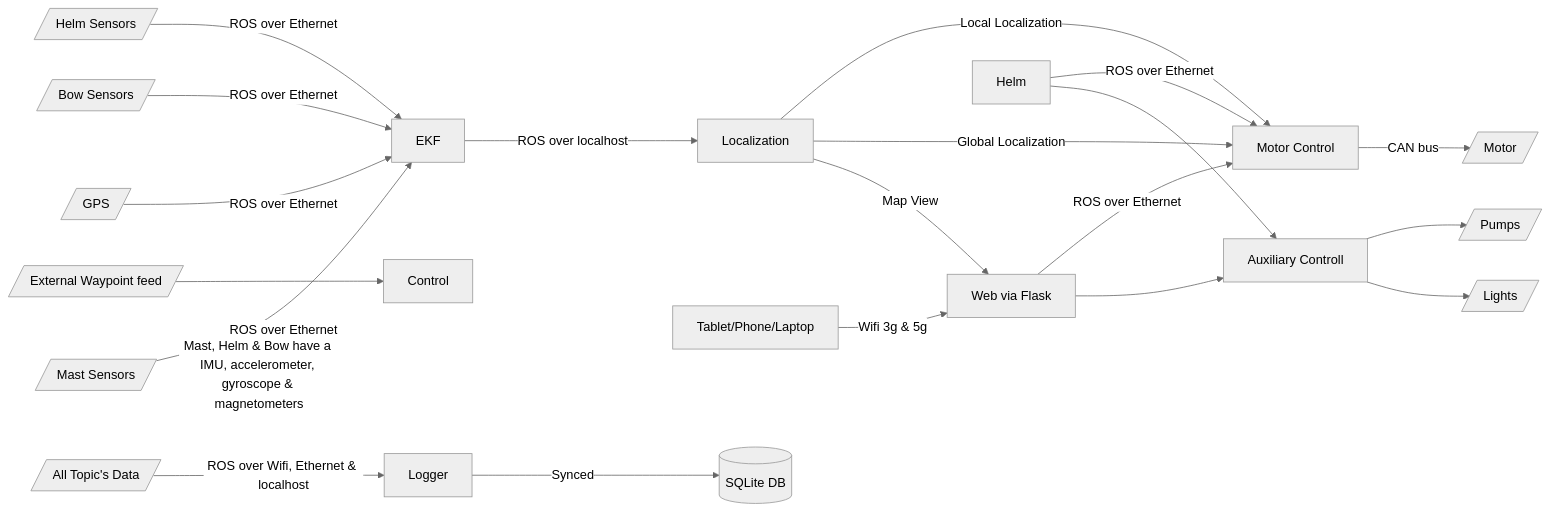
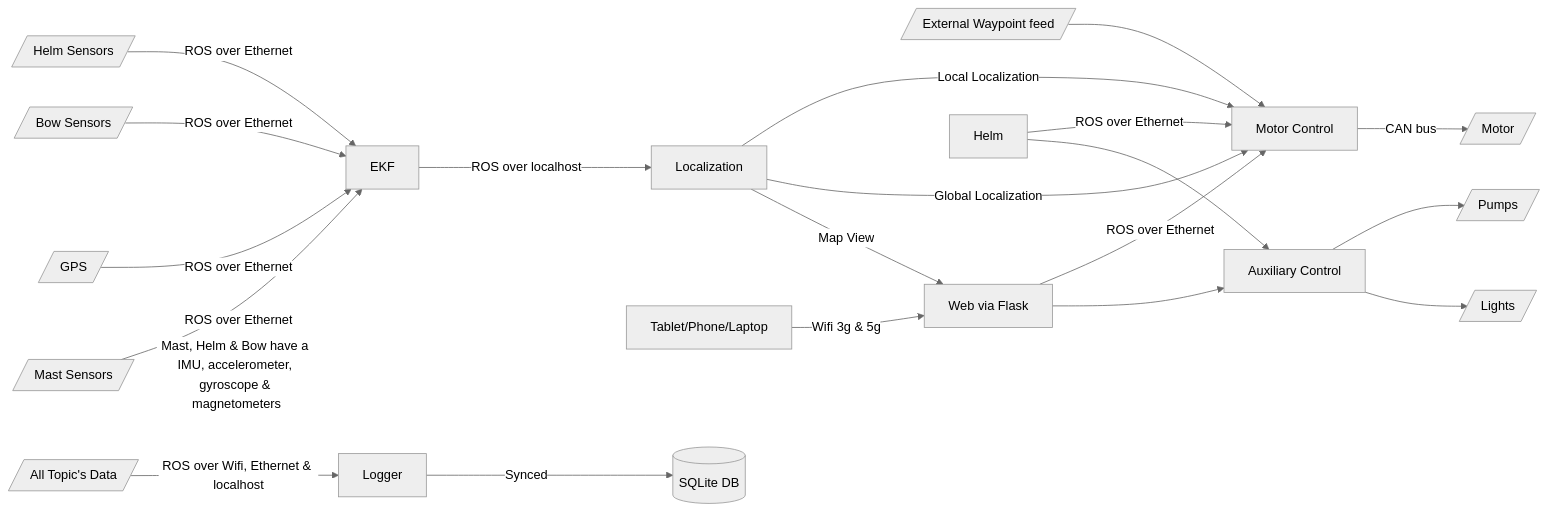
The diagram in README.md (Carter90/ventana), drawn with Mermaid (neutral theme) before and after one commit.

Commit message:
README.md: systems diagram typo fix

````diff
--- a/README.md
+++ b/README.md
@@ -7,22 +7,22 @@
 ```mermaid
 flowchart LR
     MS[/Mast Sensors/] -->|ROS over Ethernet| EKF[EKF]
     HS[/Helm Sensors/] -->|ROS over Ethernet| EKF[EKF]
     BS[/Bow Sensors/] -->|ROS over Ethernet| EKF[EKF]
     GPS[/GPS/] -->|ROS over Ethernet| EKF[EKF]
     EKF[EKF] -->|ROS over localhost| Localization[Localization]
-    Waypoint[/External Waypoint feed/] --> Control
+    Waypoint[/External Waypoint feed/] --> MControl
     Localization[Localization] --> |Local Localization| MControl
     Localization[Localization] --> |Global Localization| MControl
     Localization[Localization] --> |Map View| Web[Web via Flask]
 
     Tablet/Phone/Laptop-->|Wifi 3g & 5g| Web[Web via Flask] --> |ROS over Ethernet|MControl
     Helm --> |ROS over Ethernet| MControl
     MControl[Motor Control] -->|CAN bus| Motor[/Motor/]
-    Web[Web via Flask] --> AControl[Auxiliary Controll] --> Pumps[/Pumps/]
-    Helm --> AControl[Auxiliary Controll] --> Lights[/Lights/]
+    Web[Web via Flask] --> AControl[Auxiliary Control] --> Pumps[/Pumps/]
+    Helm --> AControl[Auxiliary Control] --> Lights[/Lights/]
 
     MS ~~~|"Mast, Helm & Bow have a IMU, accelerometer, gyroscope & magnetometers"| MS        
 
     All[/All Topic's Data/] -->|ROS over Wifi, Ethernet & localhost| Logger[Logger] -->|Synced| DB[(SQLite DB)]
 ```
````
